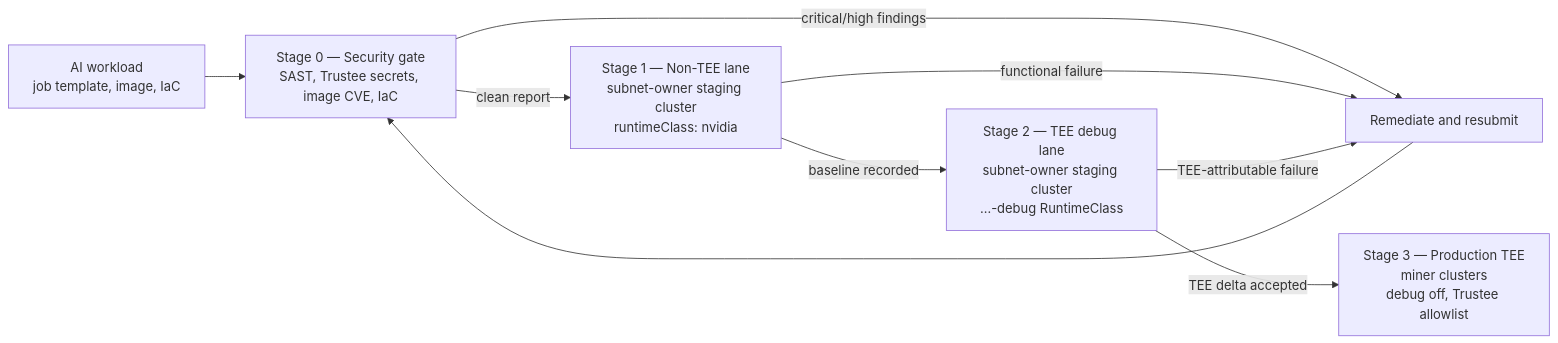
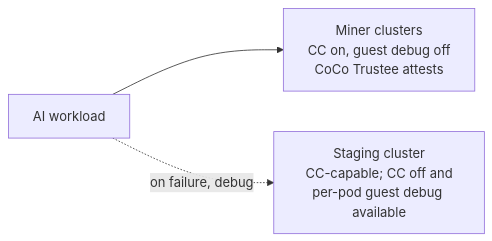
Before and after one commit to KubeTEE-AI/kubetee-subnet: the first of 3 diagrams in README.md, drawn with Mermaid. The commit also changed other lines of this file and 5 other files, not shown here.

First line of the commit message:
docs(subnet): staging is CC-capable debug target, not a promotion lane

````diff
--- a/README.md
+++ b/README.md
@@ -191,18 +191,5 @@
 ```mermaid
 flowchart LR
-    WL["AI workload<br/>job template, image, IaC"]
-    S0["Stage 0 — Security gate<br/>SAST, Trustee secrets, image CVE, IaC"]
-    S1["Stage 1 — Non-TEE lane<br/>subnet-owner staging cluster<br/>runtimeClass: nvidia"]
-    S2["Stage 2 — TEE debug lane<br/>subnet-owner staging cluster<br/>…-debug RuntimeClass"]
-    S3["Stage 3 — Production TEE<br/>miner clusters<br/>debug off, Trustee allowlist"]
-    Fix["Remediate and resubmit"]
-
-    WL --> S0
-    S0 -->|"critical/high findings"| Fix
-    S1 -->|"functional failure"| Fix
-    S2 -->|"TEE-attributable failure"| Fix
-    Fix --> S0
-    S0 -->|"clean report"| S1
-    S1 -->|"baseline recorded"| S2
-    S2 -->|"TEE delta accepted"| S3
+    Jobs["AI workload"] --> Miners["Miner clusters<br/>CC on, guest debug off<br/>CoCo Trustee attests"]
+    Jobs -.->|"on failure, debug"| Staging["Staging cluster<br/>CC-capable; CC off and<br/>per-pod guest debug available"]
 ```
````
